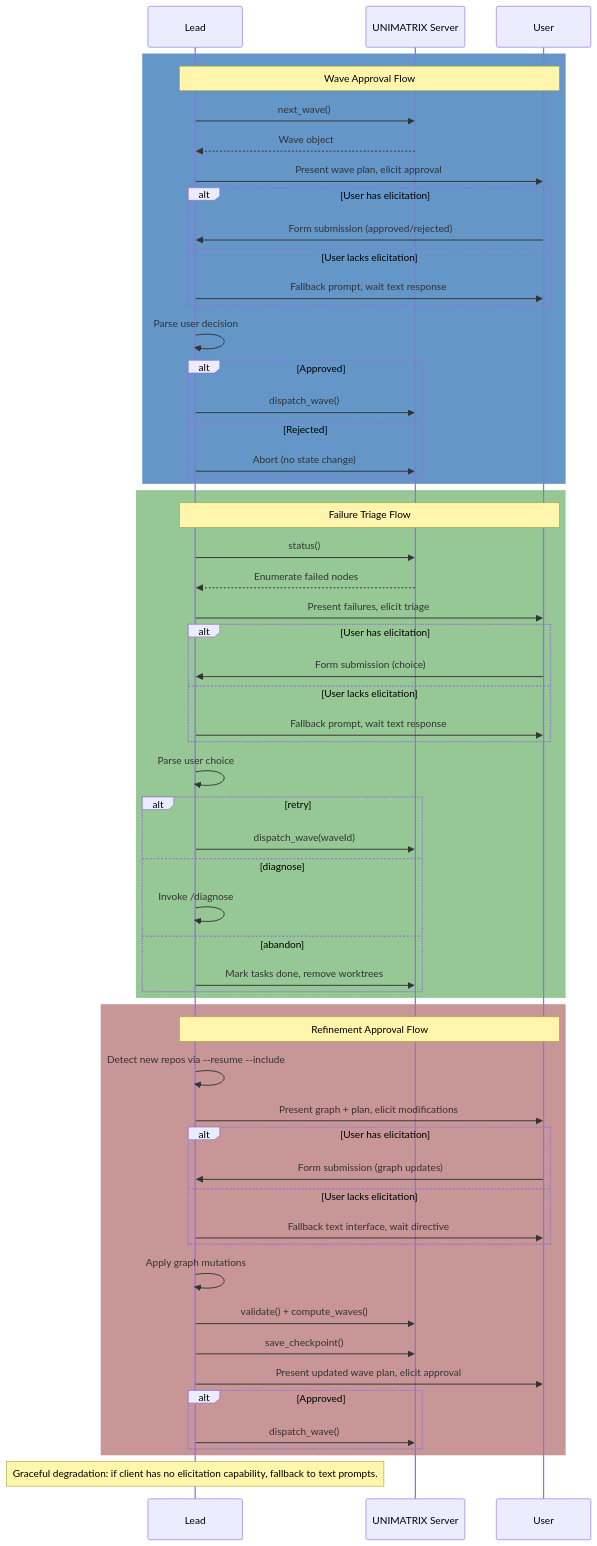
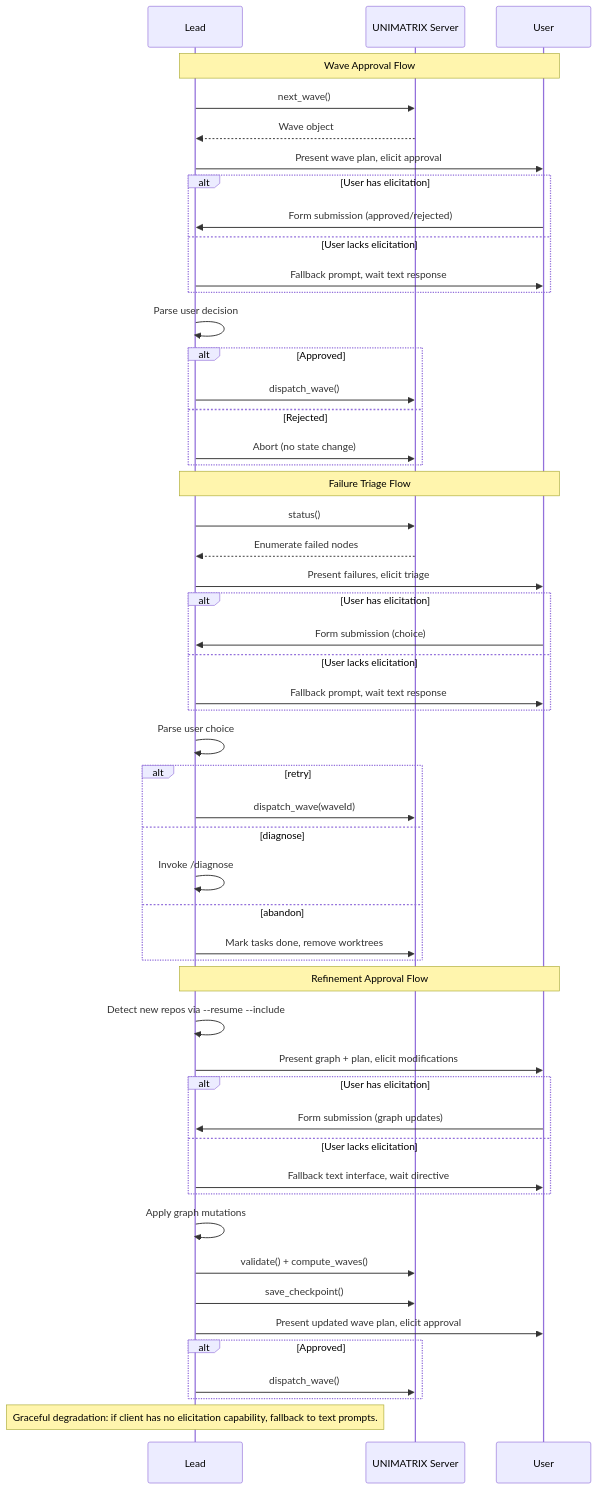
One commit to benediktms/unimatrix changed the third of 3 diagrams in src/skills/borgcube/BORGCUBE.md. Above: the diagram before and after it, drawn with Mermaid. The commit also changed other lines of this file, not shown here.

Commit message:
fix(docs): fix flowchart end nodes, remove sequence diagram colors
Replace [*] (state diagram syntax) with proper flowchart End node.
Remove rect color blocks from sequence diagram — colors were confusing
(failure section was green).

````diff
--- a/src/skills/borgcube/BORGCUBE.md
+++ b/src/skills/borgcube/BORGCUBE.md
@@ -118,64 +118,58 @@
 ```mermaid
 sequenceDiagram
     participant Lead
     participant Server as UNIMATRIX Server
     participant User
 
-    rect rgb(100, 150, 200)
-        Note over Lead,User: Wave Approval Flow
+    Note over Lead,User: Wave Approval Flow
         Lead->>Server: next_wave()
         Server-->>Lead: Wave object
         Lead->>User: Present wave plan, elicit approval
         alt User has elicitation
             User->>Lead: Form submission (approved/rejected)
         else User lacks elicitation
             Lead->>User: Fallback prompt, wait text response
         end
         Lead->>Lead: Parse user decision
         alt Approved
             Lead->>Server: dispatch_wave()
         else Rejected
             Lead->>Server: Abort (no state change)
         end
-    end
 
-    rect rgb(150, 200, 150)
-        Note over Lead,User: Failure Triage Flow
+    Note over Lead,User: Failure Triage Flow
         Lead->>Server: status()
         Server-->>Lead: Enumerate failed nodes
         Lead->>User: Present failures, elicit triage
         alt User has elicitation
             User->>Lead: Form submission (choice)
         else User lacks elicitation
             Lead->>User: Fallback prompt, wait text response
         end
         Lead->>Lead: Parse user choice
         alt retry
             Lead->>Server: dispatch_wave(waveId)
         else diagnose
             Lead->>Lead: Invoke /diagnose
         else abandon
             Lead->>Server: Mark tasks done, remove worktrees
         end
-    end
 
-    rect rgb(200, 150, 150)
-        Note over Lead,User: Refinement Approval Flow
+    Note over Lead,User: Refinement Approval Flow
         Lead->>Lead: Detect new repos via --resume --include
         Lead->>User: Present graph + plan, elicit modifications
         alt User has elicitation
             User->>Lead: Form submission (graph updates)
         else User lacks elicitation
             Lead->>User: Fallback text interface, wait directive
         end
         Lead->>Lead: Apply graph mutations
         Lead->>Server: validate() + compute_waves()
         Lead->>Server: save_checkpoint()
         Lead->>User: Present updated wave plan, elicit approval
         alt Approved
             Lead->>Server: dispatch_wave()
         end
-    end
 
     Note over Lead: Graceful degradation: if client has no elicitation capability, fallback to text prompts.
 ```
````
